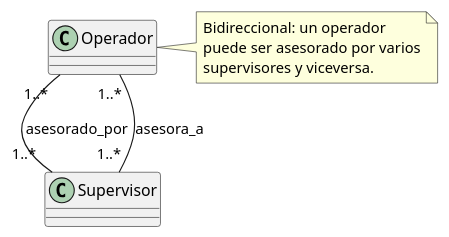
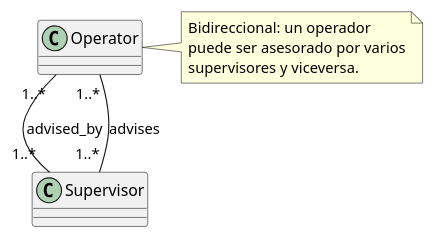
Before and after one commit to jcg-admin/IACT-docs: the diagram in source/requisitos/_metodologia-aplicacion/relaciones-uml/asociacion-bidireccional.rst, drawn with PlantUML. The commit also changed 19 other files, not shown here.

First line of the commit message:
Translate identifiers in B-C relaciones-uml/ (T-011..T-030)

```diff
--- a/source/requisitos/_metodologia-aplicacion/relaciones-uml/asociacion-bidireccional.rst
+++ b/source/requisitos/_metodologia-aplicacion/relaciones-uml/asociacion-bidireccional.rst
@@ -6,14 +6,14 @@
 .. uml::
 
    @startuml
 
-   class Operador
+   class Operator
    class Supervisor
-   Operador "1..*" -- "1..*" Supervisor : asesorado_por
-   Supervisor "1..*" -- "1..*" Operador : asesora_a
-   note right of Operador
+   Operator "1..*" -- "1..*" Supervisor : advised_by
+   Supervisor "1..*" -- "1..*" Operator : advises
+   note right of Operator
      Bidireccional: un operador
      puede ser asesorado por varios
      supervisores y viceversa.
    end note
    @enduml
```
